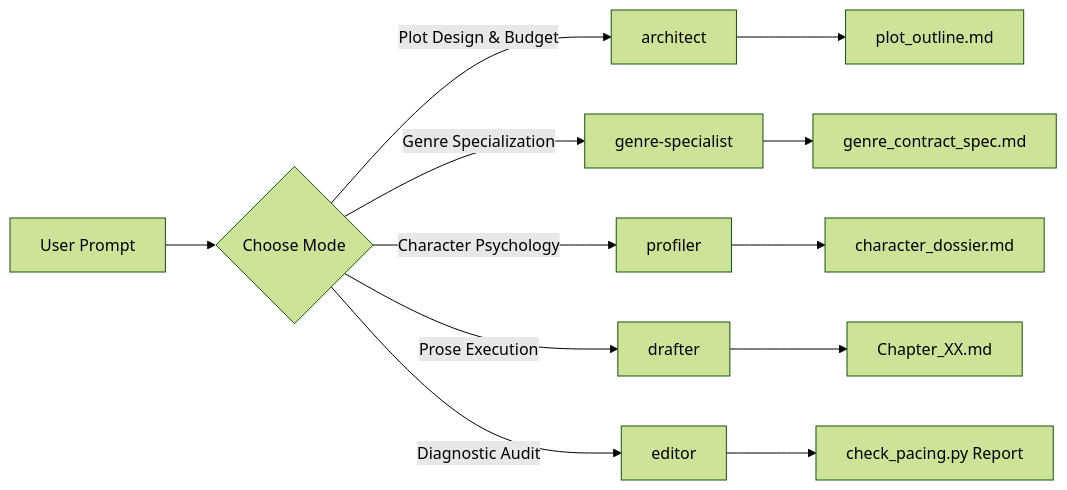
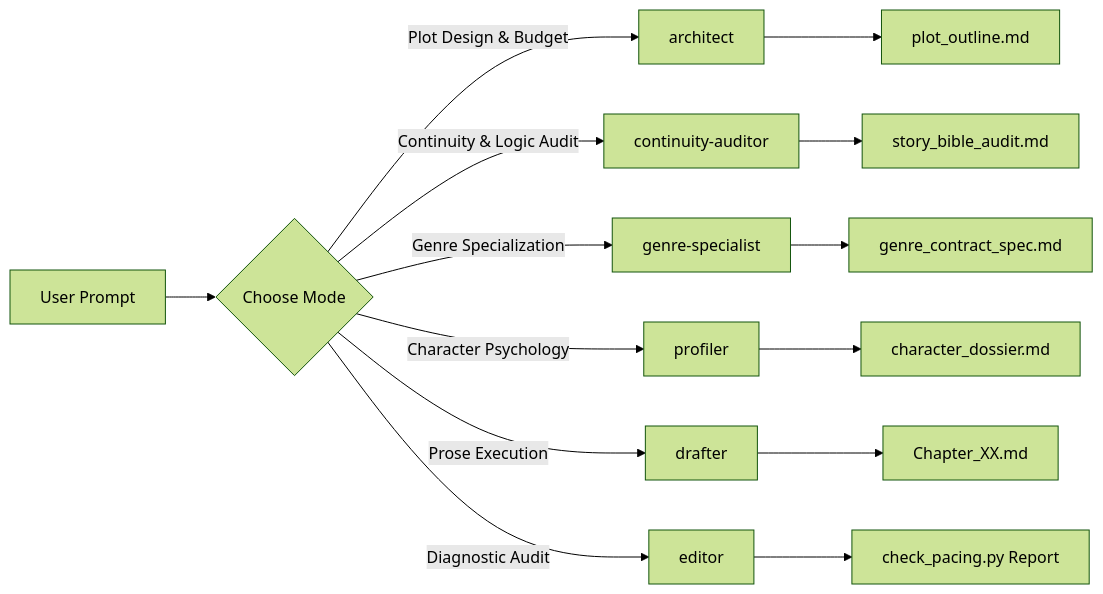
The diagram in README.md (Rangga11268/novel-writing-craft-skill), drawn with Mermaid (forest theme) before and after one commit. The commit also changed other lines of this file and 3 other files, not shown here.

Commit message:
feat(v1.7.0): add narrative logic auditing, plot hole prevention, and story bible continuity ledger

````diff
--- a/README.md
+++ b/README.md
@@ -139,15 +172,17 @@
 ```mermaid
 flowchart LR
     A[User Prompt] --> B{Choose Mode}
     B -->|Plot Design & Budget| C[architect]
+    B -->|Continuity & Logic Audit| CA[continuity-auditor]
     B -->|Genre Specialization| D[genre-specialist]
     B -->|Character Psychology| E[profiler]
     B -->|Prose Execution| F[drafter]
     B -->|Diagnostic Audit| G[editor]
 
     C --> H[plot_outline.md]
+    CA --> CAL[story_bible_audit.md]
     D --> I[genre_contract_spec.md]
     E --> J[character_dossier.md]
     F --> K[Chapter_XX.md]
     G --> L[check_pacing.py Report]
 ```
````
